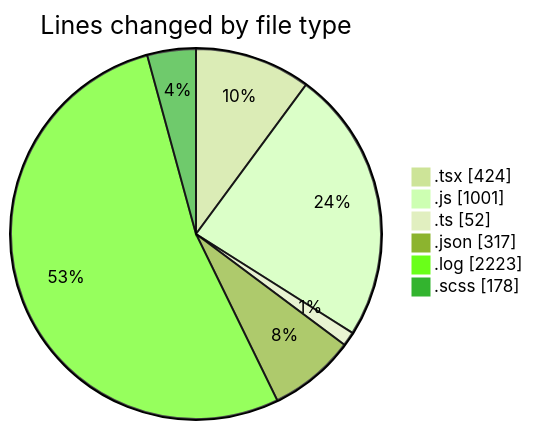
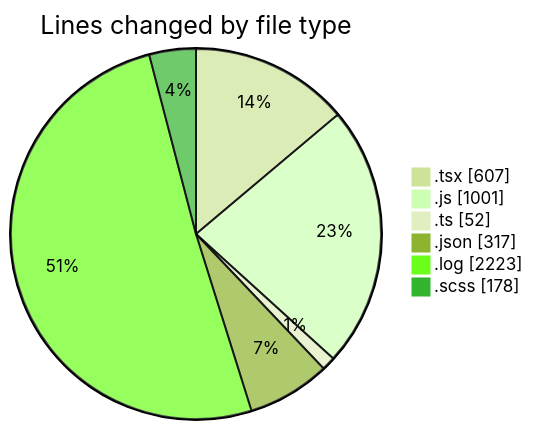
One commit to momahboobian/code-tracking changed the first of 2 diagrams in 2026-04-17/cda/README.md. Above: the diagram before and after it, drawn with Mermaid (forest theme). The commit also changed other lines of this file and 1 other file, not shown here.

````diff
--- a/2026-04-17/cda/README.md
+++ b/2026-04-17/cda/README.md
@@ -35,10 +35,10 @@
 ```mermaid
 pie showData
 title Lines changed by file type
-".tsx" : 424
+".tsx" : 607
 ".js" : 1001
 ".ts" : 52
 ".json" : 317
 ".log" : 2223
 ".scss" : 178
 ```
````
